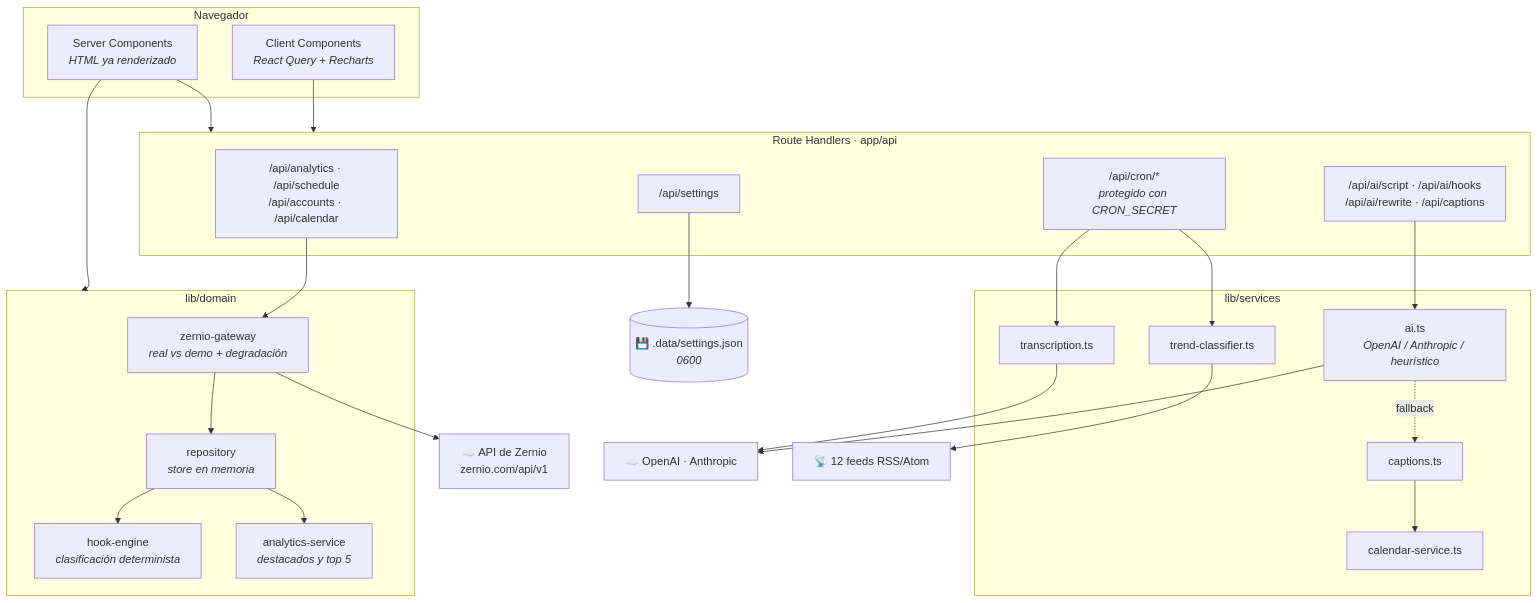
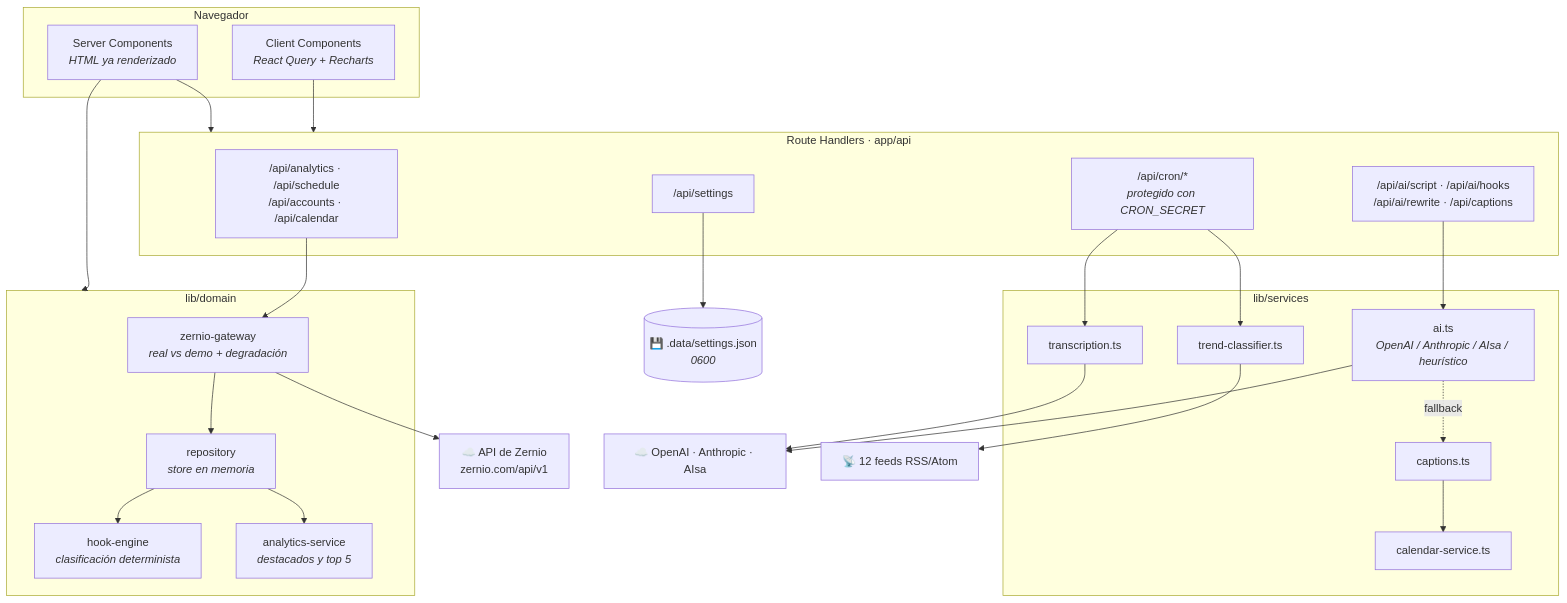
The first of 3 diagrams in README.md (iamnocodeveloper/content-command-center), drawn with Mermaid before and after one commit. The commit also changed other lines of this file and 7 other files, not shown here.

````diff
--- a/README.md
+++ b/README.md
@@ -86,53 +86,53 @@
 ```mermaid
 flowchart TB
     subgraph Client["Navegador"]
         RSC["Server Components<br/><i>HTML ya renderizado</i>"]
         CC["Client Components<br/><i>React Query + Recharts</i>"]
     end
 
     subgraph API["Route Handlers · app/api"]
         Z["/api/analytics · /api/schedule<br/>/api/accounts · /api/calendar"]
         A["/api/ai/script · /api/ai/hooks<br/>/api/ai/rewrite · /api/captions"]
         S["/api/settings"]
         C["/api/cron/*<br/><i>protegido con CRON_SECRET</i>"]
     end
 
     subgraph Domain["lib/domain"]
         GW["zernio-gateway<br/><i>real vs demo + degradación</i>"]
         REPO["repository<br/><i>store en memoria</i>"]
         HE["hook-engine<br/><i>clasificación determinista</i>"]
         AS["analytics-service<br/><i>destacados y top 5</i>"]
     end
 
     subgraph Services["lib/services"]
-        AI["ai.ts<br/><i>OpenAI / Anthropic / heurístico</i>"]
+        AI["ai.ts<br/><i>OpenAI / Anthropic / AIsa / heurístico</i>"]
         CAP["captions.ts"]
         TR["transcription.ts"]
         CAL["calendar-service.ts"]
         TC["trend-classifier.ts"]
     end
 
     Zernio["☁️ API de Zernio<br/>zernio.com/api/v1"]
     Disk[("💾 .data/settings.json<br/><i>0600</i>")]
-    LLM["☁️ OpenAI · Anthropic"]
+    LLM["☁️ OpenAI · Anthropic · AIsa"]
     Feeds["📡 12 feeds RSS/Atom"]
 
     RSC --> Domain
     CC --> API
     RSC --> API
     Z --> GW
     A --> AI
     S --> Disk
     C --> TC
     C --> TR
 
     GW --> Zernio
     GW --> REPO
     AI --> LLM
     AI -.->|fallback| CAP
     TR --> LLM
     TC --> Feeds
     REPO --> HE
     REPO --> AS
     CAP --> CAL
 ```
````
